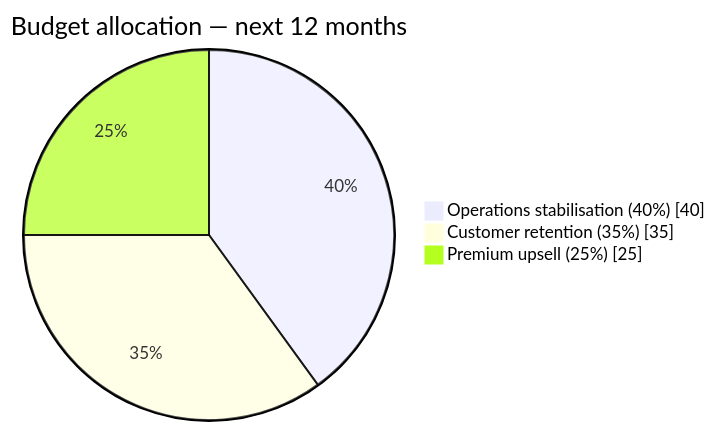
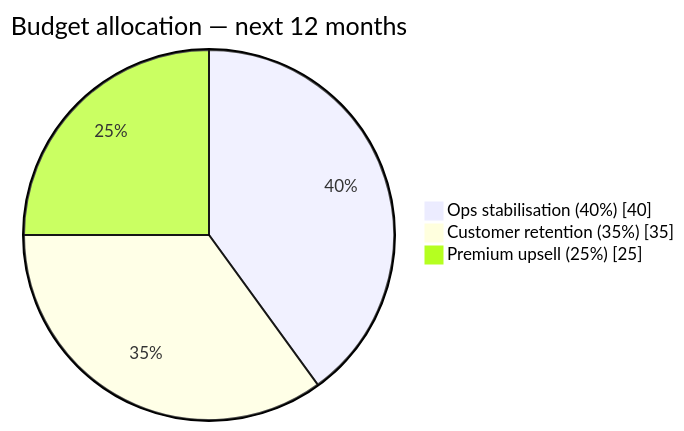
One commit to Yann-Axel/engineer_analytics_challenge_aci changed the diagram in docs/10_executive_recommendations.md. Above: the diagram before and after it, drawn with Mermaid. The commit also changed other lines of this file and 13 other files, not shown here.

````diff
--- a/docs/10_executive_recommendations.md
+++ b/docs/10_executive_recommendations.md
@@ -15,6 +14,6 @@
 ```mermaid
 pie showData title Budget allocation — next 12 months
-    "Operations stabilisation (40%)" : 40
+    "Ops stabilisation (40%)" : 40
     "Customer retention (35%)" : 35
     "Premium upsell (25%)" : 25
 ```
````
